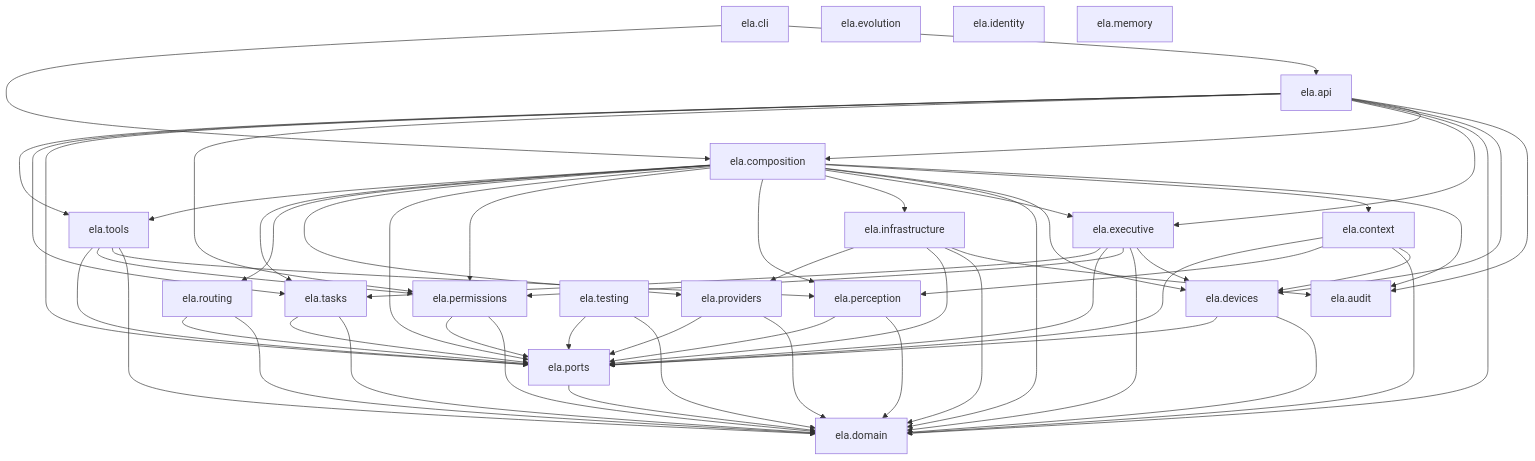
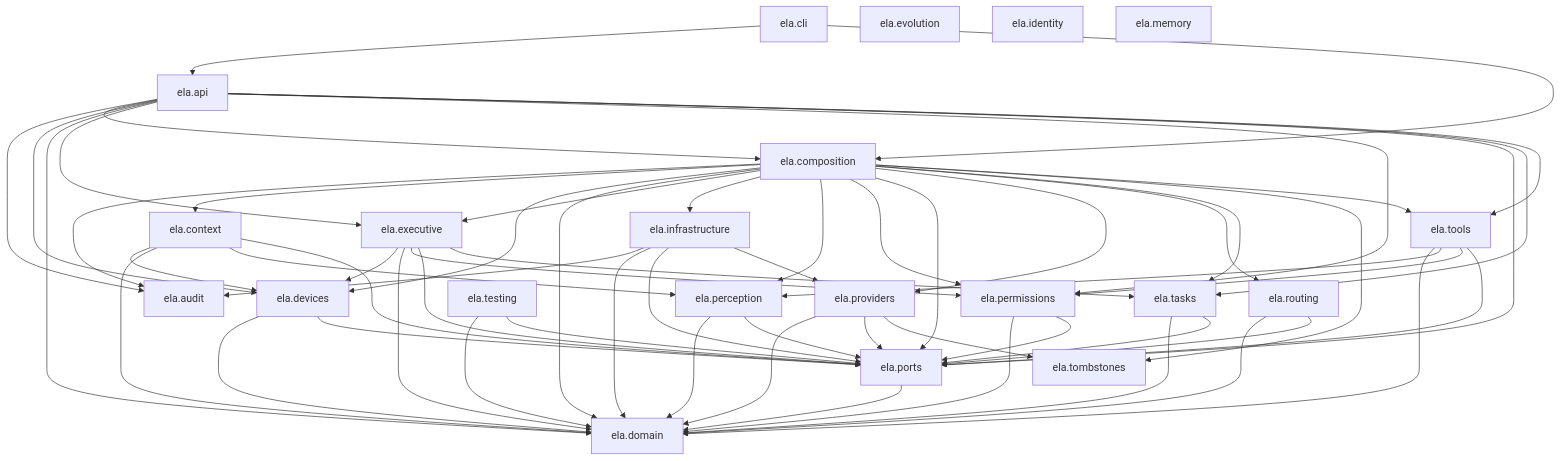
The first of 2 diagrams in docs/ARCHITECTURE.md (silvitommaso10-spec/ELA), drawn with Mermaid before and after one commit. The commit also changed 23 other files, not shown here.

````diff
--- a/docs/ARCHITECTURE.md
+++ b/docs/ARCHITECTURE.md
@@ -36,79 +36,82 @@
 ```mermaid
 graph TD
     api[ela.api]
     audit[ela.audit]
     cli[ela.cli]
     composition[ela.composition]
     context[ela.context]
     devices[ela.devices]
     domain[ela.domain]
     evolution[ela.evolution]
     executive[ela.executive]
     identity[ela.identity]
     infrastructure[ela.infrastructure]
     memory[ela.memory]
     perception[ela.perception]
     permissions[ela.permissions]
     ports[ela.ports]
     providers[ela.providers]
     routing[ela.routing]
     tasks[ela.tasks]
     testing[ela.testing]
+    tombstones[ela.tombstones]
     tools[ela.tools]
     api --> audit
     api --> composition
     api --> devices
     api --> domain
     api --> executive
     api --> permissions
     api --> ports
     api --> tasks
     api --> tools
     cli --> api
     cli --> composition
     composition --> audit
     composition --> context
     composition --> devices
     composition --> domain
     composition --> executive
     composition --> infrastructure
     composition --> perception
     composition --> permissions
     composition --> ports
     composition --> providers
     composition --> routing
     composition --> tasks
+    composition --> tombstones
     composition --> tools
     context --> devices
     context --> domain
     context --> perception
     context --> ports
     devices --> domain
     devices --> ports
     executive --> devices
     executive --> domain
     executive --> permissions
     executive --> ports
     executive --> tasks
     infrastructure --> audit
     infrastructure --> domain
     infrastructure --> ports
     infrastructure --> providers
     perception --> domain
     perception --> ports
     permissions --> domain
     permissions --> ports
     ports --> domain
     providers --> domain
     providers --> ports
+    providers --> tombstones
     routing --> domain
     routing --> ports
     tasks --> domain
     tasks --> ports
     testing --> domain
     testing --> ports
     tools --> domain
     tools --> perception
     tools --> permissions
     tools --> ports
 ```
````
